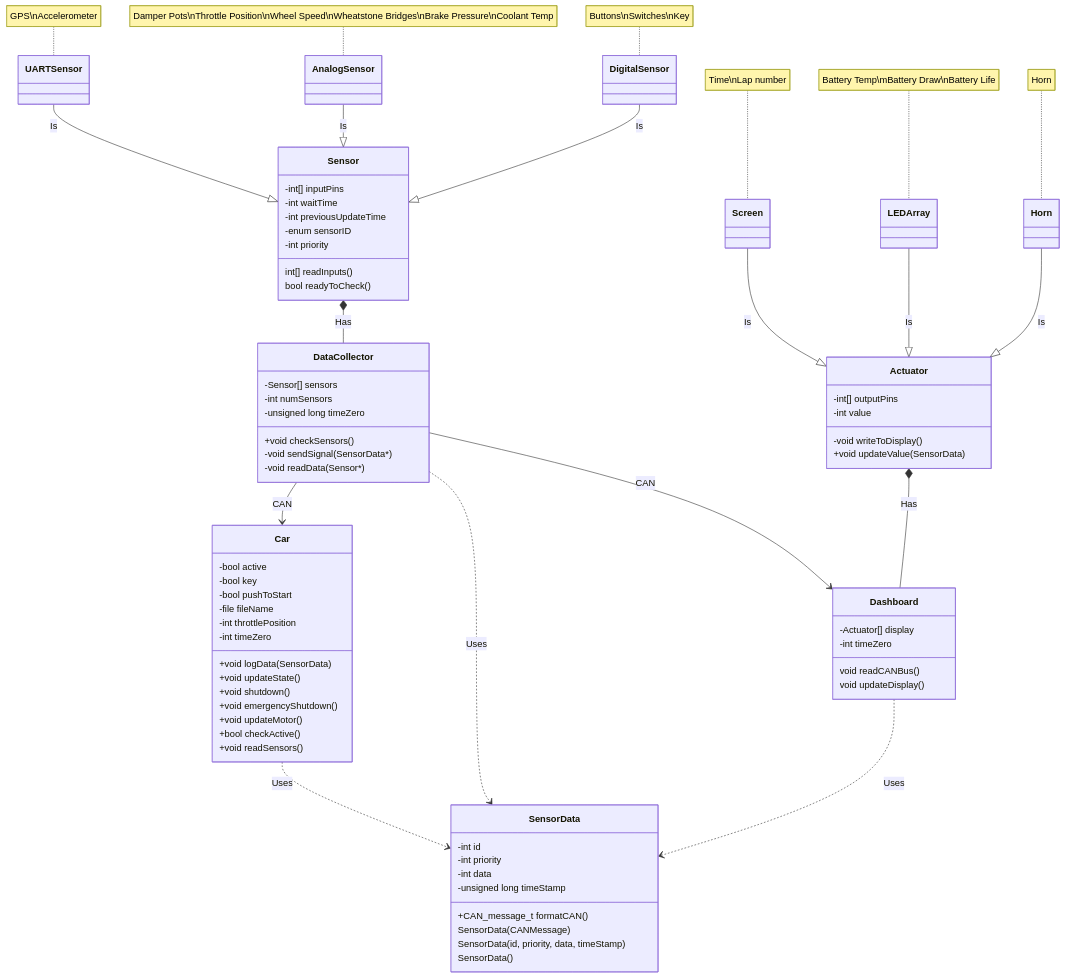
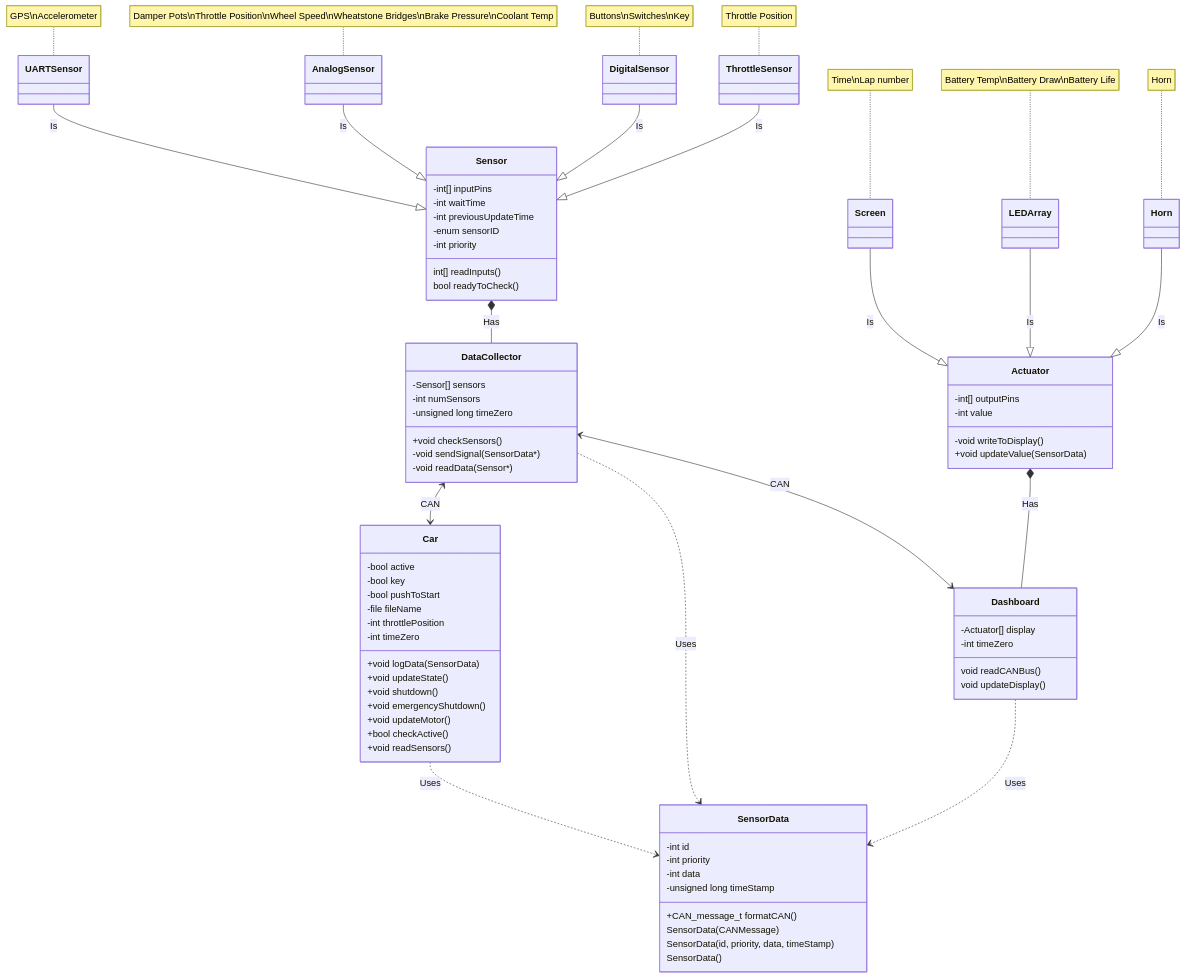
Before and after one commit to BYU-Racing/car_software: the diagram in VehicleCode/CarUML_v1.0.md, drawn with Mermaid.

````diff
--- a/VehicleCode/CarUML_v1.0.md
+++ b/VehicleCode/CarUML_v1.0.md
@@ -13,79 +13,81 @@
 ```mermaid
 classDiagram
 
     class Sensor
     Sensor : -int[] inputPins
     Sensor : -int waitTime
     Sensor : -int previousUpdateTime
     Sensor : -enum sensorID 
     Sensor : -int priority
     Sensor : int[] readInputs()
     Sensor : bool readyToCheck()
     UARTSensor --|> Sensor : Is
     note for UARTSensor "GPS\nAccelerometer"
     AnalogSensor --|> Sensor : Is
     note for AnalogSensor "Damper Pots\nThrottle Position\nWheel Speed\nWheatstone Bridges\nBrake Pressure\nCoolant Temp"
     DigitalSensor --|> Sensor : Is
     note for DigitalSensor "Buttons\nSwitches\nKey"
+    ThrottleSensor --|> Sensor : Is
+    note for ThrottleSensor "Throttle Position"
 
     class Actuator
     Actuator : -int[] outputPins
     Actuator : -int value
     Actuator : -void writeToDisplay()
     Actuator : +void updateValue(SensorData)
     Screen --|> Actuator : Is
     note for Screen "Time\nLap number"
     LEDArray --|> Actuator : Is
-    note for LEDArray "Battery Temp\mBattery Draw\nBattery Life"
+    note for LEDArray "Battery Temp\nBattery Draw\nBattery Life"
     Horn --|> Actuator : Is
     note for Horn "Horn"
 
     class SensorData
     SensorData : -int id
     SensorData : -int priority
     SensorData : -int data
     SensorData : -unsigned long timeStamp
     SensorData : +CAN_message_t formatCAN()
     SensorData : SensorData(CANMessage)
     SensorData : SensorData(id, priority, data, timeStamp)
     SensorData : SensorData()
 
     class Dashboard
     Dashboard : -Actuator[] display
     Dashboard : -int timeZero
     Dashboard : void readCANBus()
     Dashboard : void updateDisplay()
 
     class DataCollector
     DataCollector : -Sensor[] sensors
     DataCollector : -int numSensors
     DataCollector : -unsigned long timeZero
     DataCollector : +void checkSensors()
     DataCollector : -void sendSignal(SensorData*)
     DataCollector : -void readData(Sensor*)
 
     class Car
     Car : -bool active
     Car : -bool key
     Car : -bool pushToStart
     Car : -file fileName
     Car : -int throttlePosition
     Car : -int timeZero
     Car : +void logData(SensorData)
     Car : +void updateState()
     Car : +void shutdown()
     Car : +void emergencyShutdown()
     Car : +void updateMotor()
     Car : +bool checkActive()
     Car : +void readSensors()
 
-    DataCollector --> Car : CAN
-    DataCollector --> Dashboard : CAN
+    DataCollector <--> Car : CAN
+    DataCollector <--> Dashboard : CAN
 
     Car ..> SensorData : Uses
     DataCollector ..> SensorData : Uses
     Dashboard ..> SensorData : Uses
 
     Sensor *-- DataCollector : Has
     Actuator *-- Dashboard : Has
 ```
````
